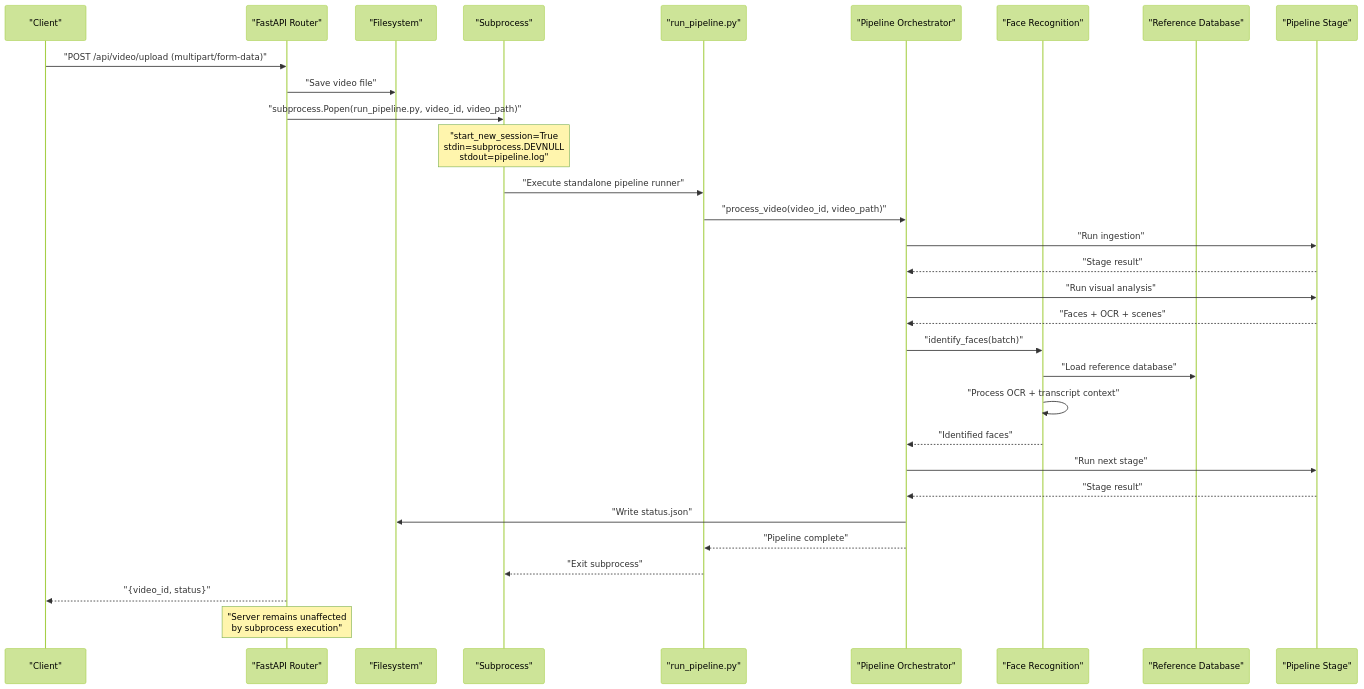
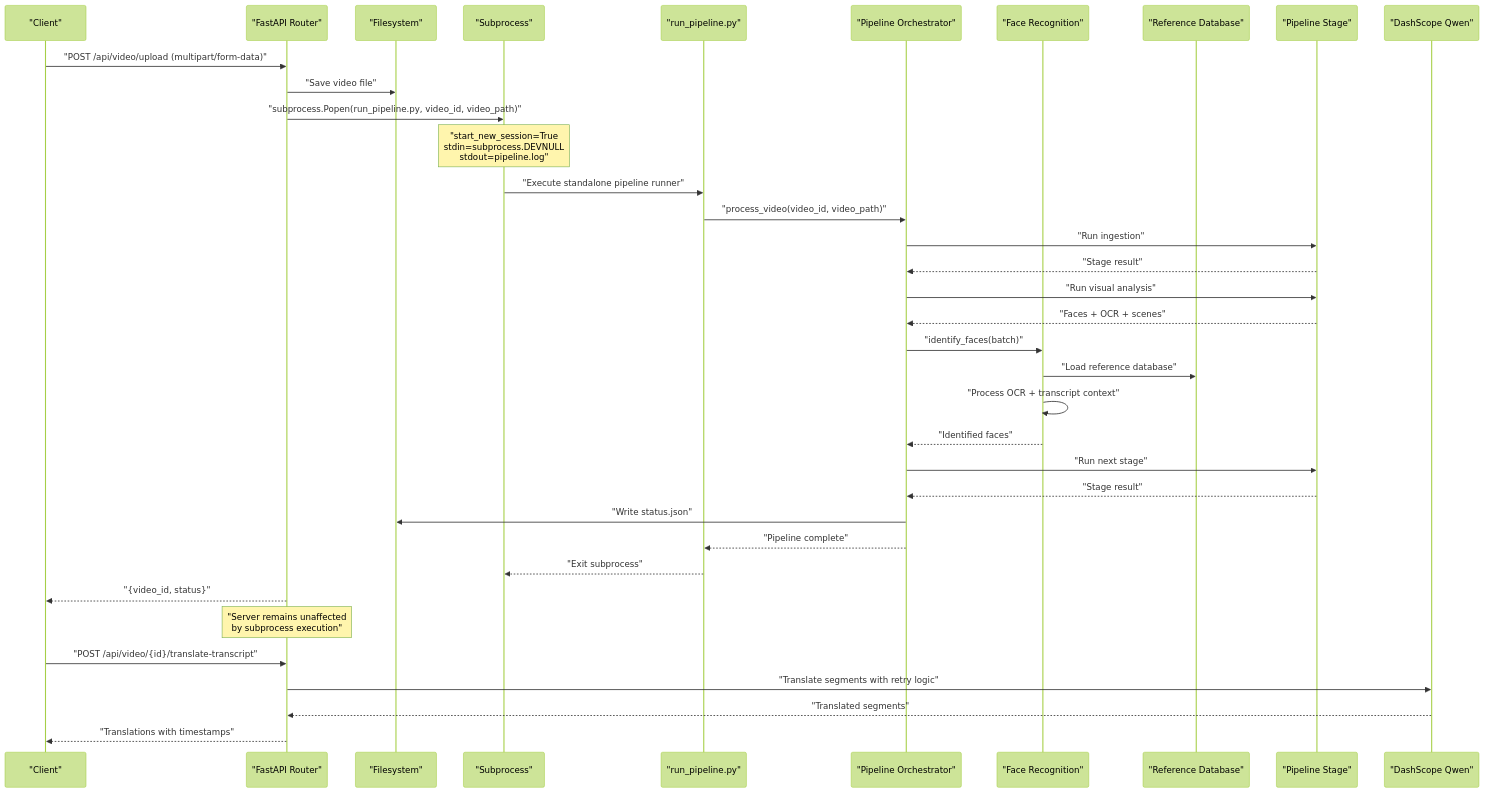
Before and after one commit to alexandreybasta-cyber/dubai-media-ai: the second of 3 diagrams in .qoder/repowiki/en/content/Backend API Reference/Video Processing Endpoints.md, drawn with Mermaid (forest theme). The commit also changed other lines of this file and 73 other files, not shown here.

````diff
--- a/.qoder/repowiki/en/content/Backend API Reference/Video Processing Endpoints.md
+++ b/.qoder/repowiki/en/content/Backend API Reference/Video Processing Endpoints.md
@@ -164,33 +175,38 @@
 ```mermaid
 sequenceDiagram
 participant Client as "Client"
 participant API as "FastAPI Router"
 participant FS as "Filesystem"
 participant Subproc as "Subprocess"
 participant Runner as "run_pipeline.py"
 participant Orchestrator as "Pipeline Orchestrator"
 participant FaceRec as "Face Recognition"
 participant RefDB as "Reference Database"
 participant Stage as "Pipeline Stage"
+participant Translator as "DashScope Qwen"
 Client->>API : "POST /api/video/upload (multipart/form-data)"
 API->>FS : "Save video file"
 API->>Subproc : "subprocess.Popen(run_pipeline.py, video_id, video_path)"
 Note over Subproc : "start_new_session=True<br/>stdin=subprocess.DEVNULL<br/>stdout=pipeline.log"
 Subproc->>Runner : "Execute standalone pipeline runner"
 Runner->>Orchestrator : "process_video(video_id, video_path)"
 Orchestrator->>Stage : "Run ingestion"
 Stage-->>Orchestrator : "Stage result"
 Orchestrator->>Stage : "Run visual analysis"
 Stage-->>Orchestrator : "Faces + OCR + scenes"
 Orchestrator->>FaceRec : "identify_faces(batch)"
 FaceRec->>RefDB : "Load reference database"
 FaceRec->>FaceRec : "Process OCR + transcript context"
 FaceRec-->>Orchestrator : "Identified faces"
 Orchestrator->>Stage : "Run next stage"
 Stage-->>Orchestrator : "Stage result"
 Orchestrator->>FS : "Write status.json"
 Orchestrator-->>Runner : "Pipeline complete"
 Runner-->>Subproc : "Exit subprocess"
 API-->>Client : "{video_id, status}"
 Note over API : "Server remains unaffected<br/>by subprocess execution"
+Client->>API : "POST /api/video/{id}/translate-transcript"
+API->>Translator : "Translate segments with retry logic"
+Translator-->>API : "Translated segments"
+API-->>Client : "Translations with timestamps"
 ```
````
